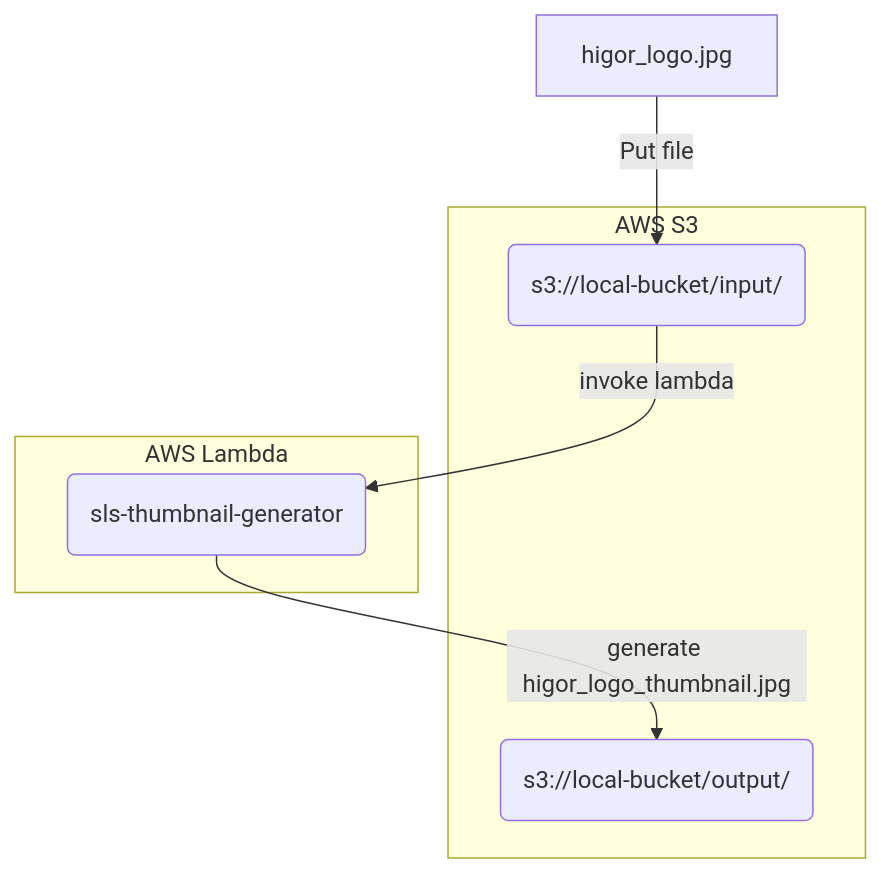
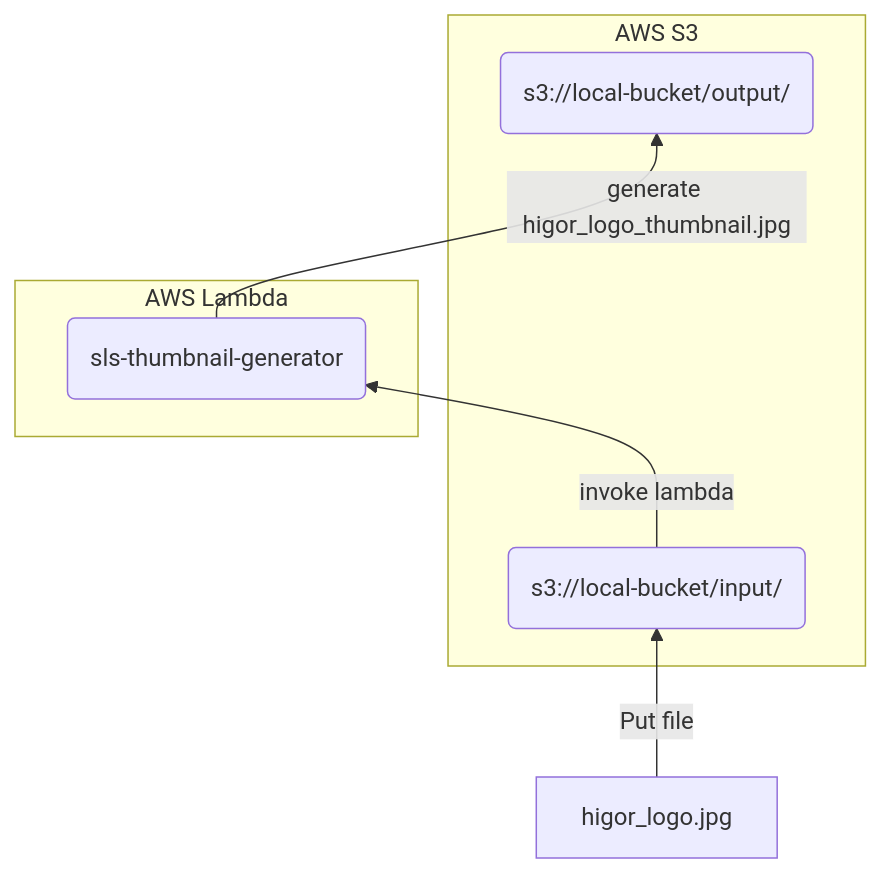
Before and after one commit to osmandi/portfolio: the diagram in thumbnail-generator/README.md, drawn with Mermaid. The commit also changed other lines of this file and 1 other file, not shown here.

Commit message:
Adding thumbnail gif demo and improve architecture schema

````diff
--- a/thumbnail-generator/README.md
+++ b/thumbnail-generator/README.md
@@ -14,13 +14,13 @@
 ```mermaid
-flowchart TB
+flowchart BT
     subgraph "AWS S3"
     input("s3://local-bucket/input/")
     output("s3://local-bucket/output/")
     end
     subgraph "AWS Lambda"
     sls("sls-thumbnail-generator")
     end
     A["higor_logo.jpg"] -- Put file --> input
     input -- invoke lambda --> sls
     sls -- generate higor_logo_thumbnail.jpg --> output
 ```
````
